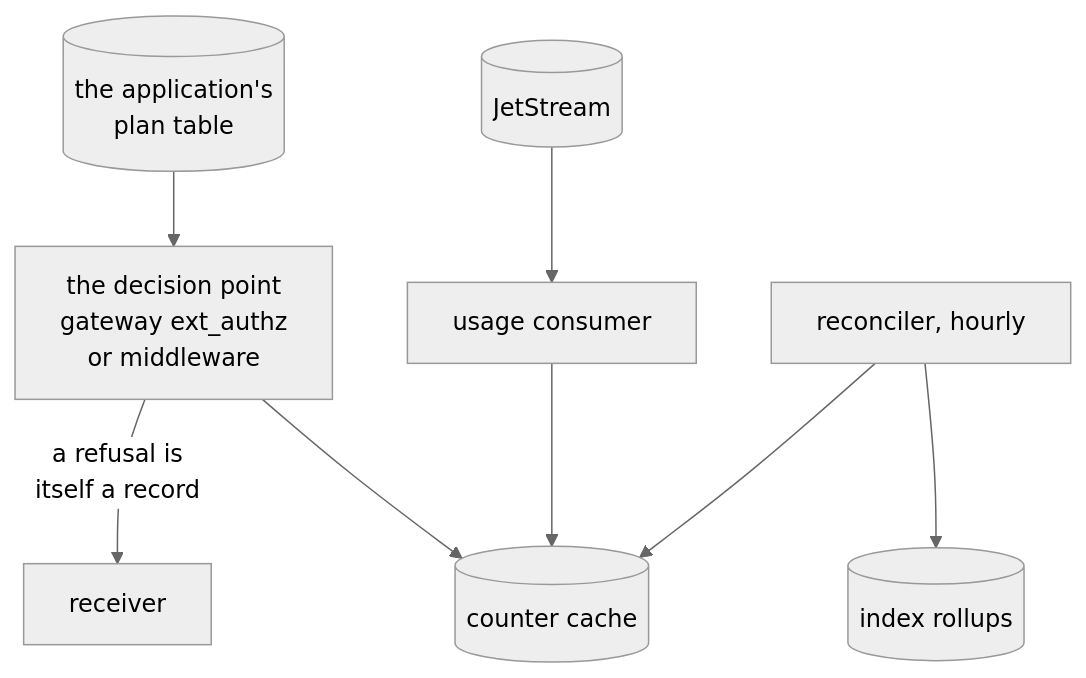
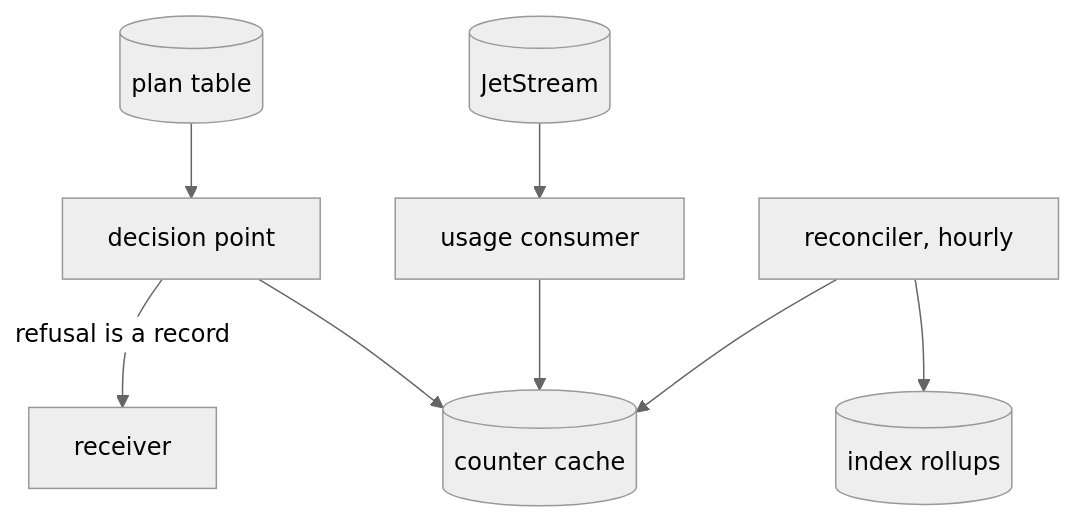
Before and after one commit to truvity/sluis: the diagram in docs/concepts/audit/usage-quotas.md, drawn with Mermaid (neutral theme). The commit also changed other lines of this file and 61 other files, not shown here.

````diff
--- a/docs/concepts/audit/usage-quotas.md
+++ b/docs/concepts/audit/usage-quotas.md
@@ -28,10 +19,10 @@
 ```mermaid
 flowchart TB
   N[("JetStream")] --> U["usage consumer"]
   U --> VK[("counter cache")]
-  PLAN[("the application's<br/>plan table")] --> GW["the decision point<br/>gateway ext_authz<br/>or middleware"]
+  PLAN[("plan table")] --> GW["decision point"]
   GW --> VK
   REC["reconciler, hourly"] --> PG[("index rollups")]
   REC --> VK
-  GW -- "a refusal is<br/>itself a record" --> R["receiver"]
+  GW -- "refusal is a record" --> R["receiver"]
 ```
````
